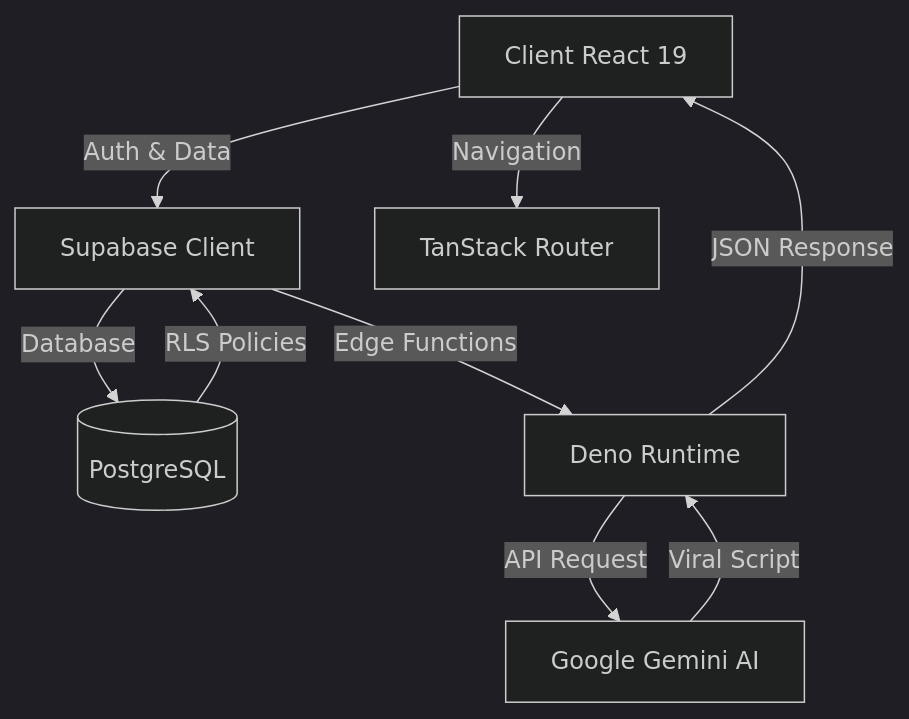
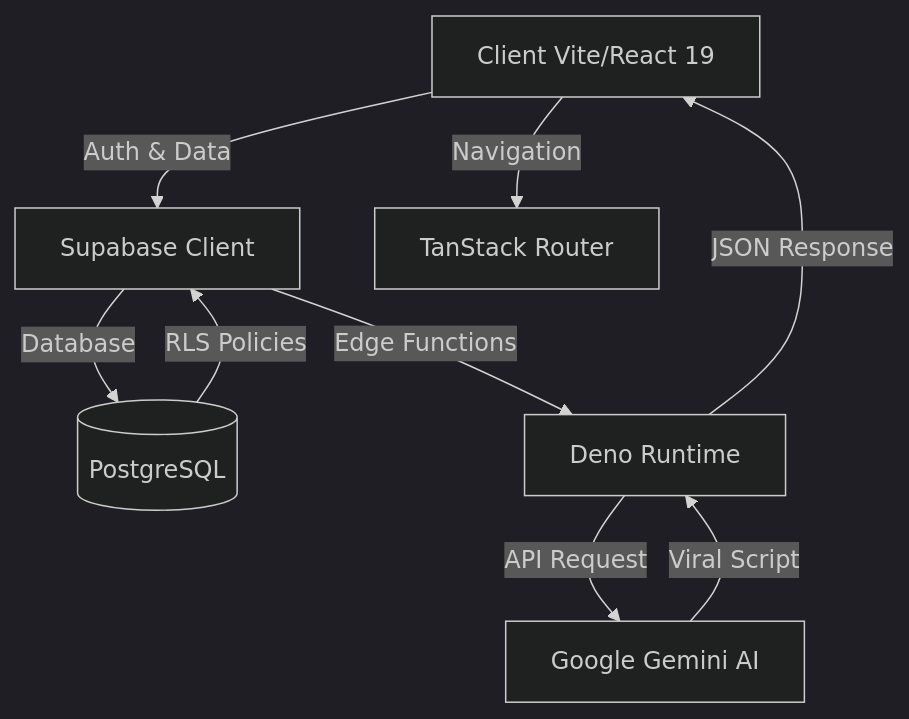
Before and after one commit to IssaKamara958/achakourou-social-accounts-booster: the diagram in README.md, drawn with Mermaid (dark theme). The commit also changed other lines of this file and 9 other files, not shown here.

````diff
--- a/README.md
+++ b/README.md
@@ -25,11 +47,11 @@
 ```mermaid
 graph TD
-    A[Client React 19] -->|Auth & Data| B[Supabase Client]
+    A[Client Vite/React 19] -->|Auth & Data| B[Supabase Client]
     A -->|Navigation| C[TanStack Router]
     B -->|Database| D[(PostgreSQL)]
     B -->|Edge Functions| E[Deno Runtime]
     E -->|API Request| F[Google Gemini AI]
     F -->|Viral Script| E
     E -->|JSON Response| A
     D -->|RLS Policies| B
 ```
````
